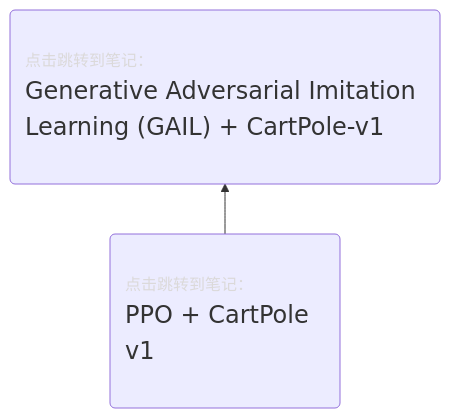
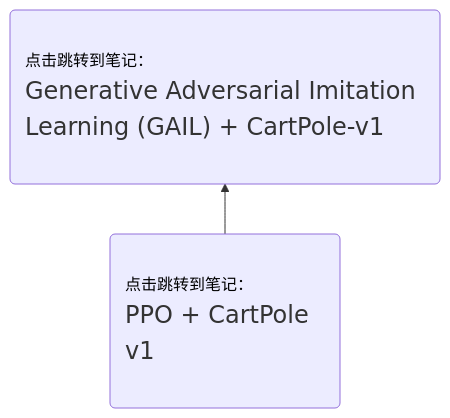
One commit to Gaoshu-root/Code-related-courses changed the diagram in 笔记封存/test.md. Above: the diagram before and after it, drawn with Mermaid.

````diff
--- a/笔记封存/test.md
+++ b/笔记封存/test.md
@@ -2,11 +2,11 @@
 ```mermaid
 graph BT
     classDef wide2 padding:400px;
     classDef wide1 padding:200px;
-    P1("<div style='text-align:left'><font color="#DBD9D9">点击跳转到笔记：</font><br><font size="5">PPO + CartPole v1</div>") --> P2("<div style='text-align:left'><font color="#DBD9D9">点击跳转到笔记：</font><br><font size="5">Generative Adversarial Imitation Learning (GAIL) + CartPole-v1</div>")
+    P1("<div style='text-align:left'><font color="black">点击跳转到笔记：</font><br><font size="5">PPO + CartPole v1</div>") --> P2("<div style='text-align:left'><font color="black">点击跳转到笔记：</font><br><font size="5">Generative Adversarial Imitation Learning (GAIL) + CartPole-v1</div>")
     class P1 wide1
     class P2 wide2
     click P1 "https://github.com/Gaoshu-root/Code-related-courses/blob/main/RL2024/PPO_%2B_CartPole_v1_.ipynb" _blank
     click P2 "https://github.com/Gaoshu-root/Code-related-courses/blob/main/RL2024/Generative%20Adversarial%20Imitation%20Learning(GAIL)/Generative%20Adversarial%20Imitation%20Learning%20(GAIL)%20%2B%20CartPole-v1%20.ipynb" _blank
 
 ```
````
